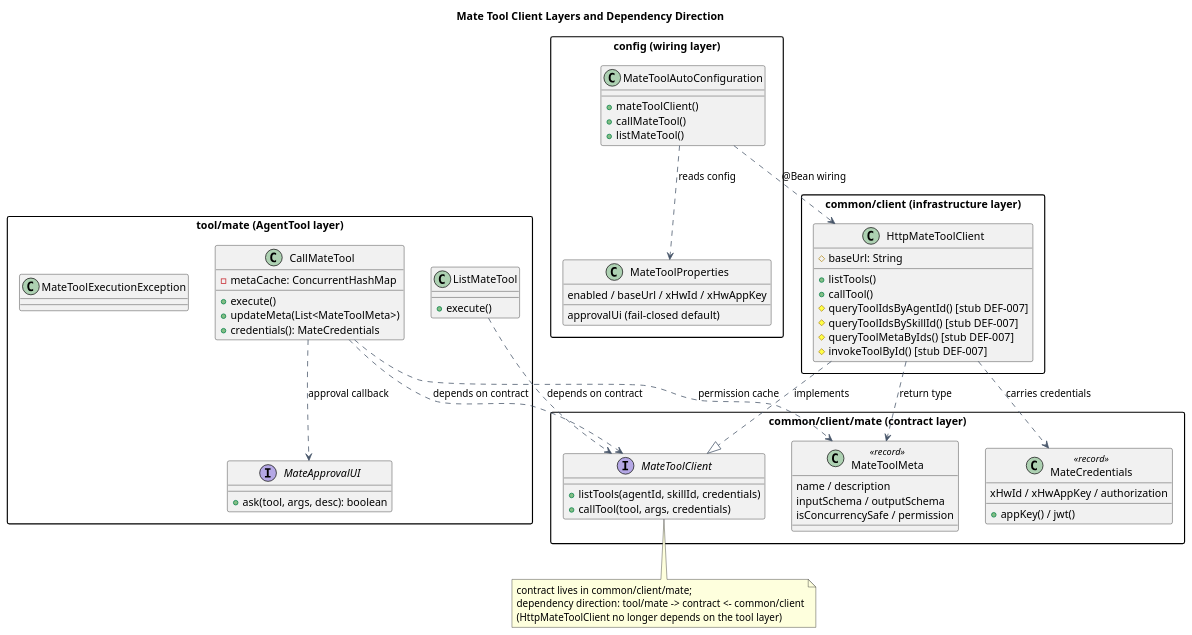
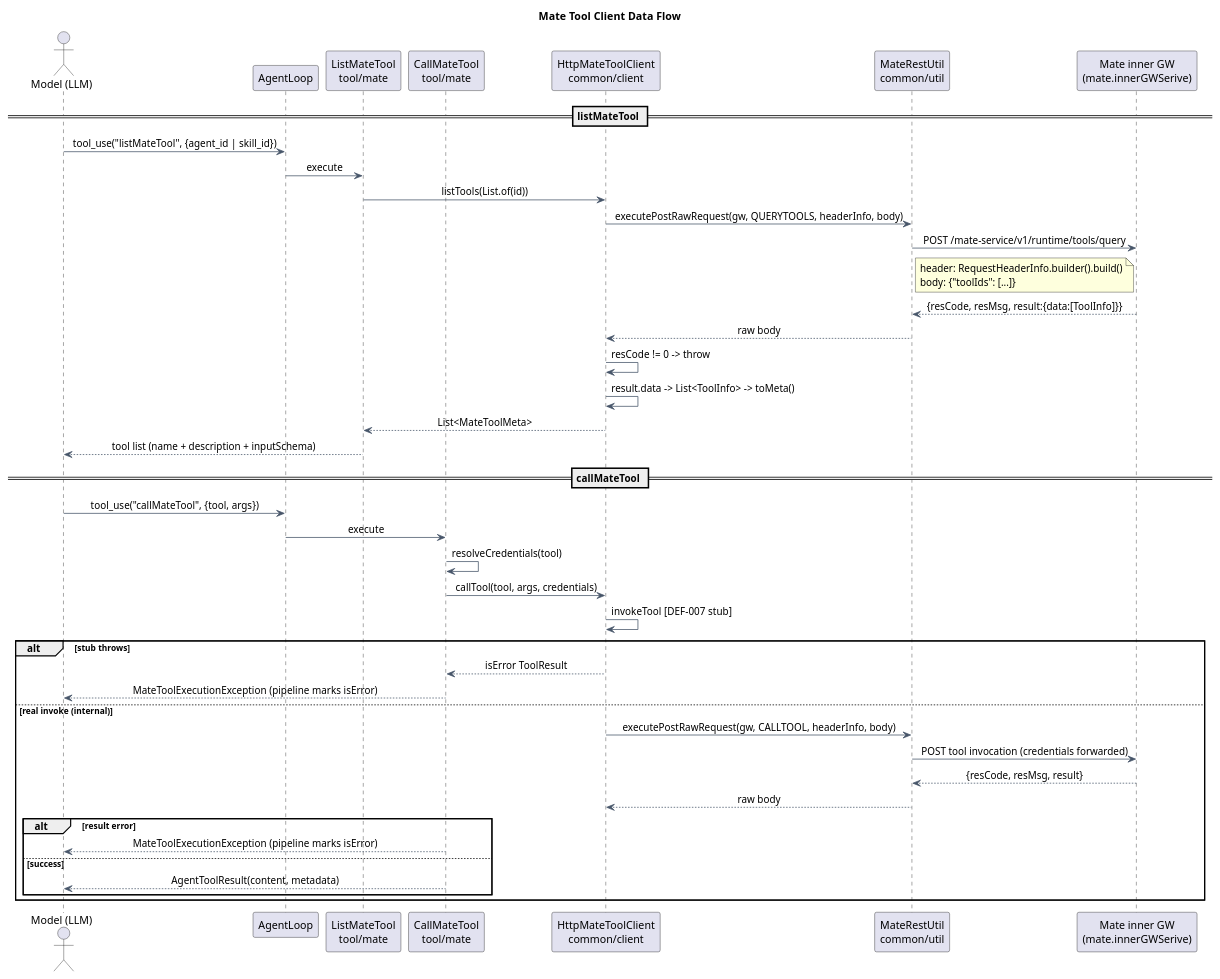
Before and after one commit to 2862282695gjh-afk/pi-mono-java: the second of 2 diagrams in docs/designs/mate-tool-client/diagram.puml, drawn with PlantUML. The commit also changed other lines of this file and 36 other files, not shown here.

First line of the commit message:
feat(mate-tool): 对接内网网关 QUERYTOOLS + 工具无状态化

```diff
--- a/docs/designs/mate-tool-client/diagram.puml
+++ b/docs/designs/mate-tool-client/diagram.puml
@@ -76,98 +107,71 @@
-@startuml mate_tool_client_layers
+@startuml mate_tool_client_dataflow
 ' Source evidence:
-' - modules/coding-agent-cli/src/main/java/com/campusclaw/codingagent/tool/mate/:
-'   CallMateTool (MateApprovalUI, MateToolExecutionException, metaCache),
-'   ListMateTool
-' - modules/coding-agent-cli/src/main/java/com/campusclaw/codingagent/common/client/mate/:
-'   MateToolClient, MateToolMeta, MateCredentials (top-level contract types)
-' - modules/coding-agent-cli/src/main/java/com/campusclaw/codingagent/common/client/:
-'   HttpMateToolClient (implements MateToolClient, four DEF-007 stubs)
-' - modules/coding-agent-cli/src/main/java/com/campusclaw/codingagent/config/:
-'   MateToolAutoConfiguration, MateToolProperties
-' Source baseline: superheromeZzh/pi-mono-java PR #140 head (branch mate-tool-client)
-' Observed behavior: the Mate contract types live in common/client/mate; both
-' AgentTools and HttpMateToolClient depend only on that contract package, and
-' config wires the beans behind the mate.tool.enabled switch.
-' Design reason: extracting the contract from CallMateTool removes the reverse
-' dependency of common/client on the tool layer, so the HTTP client stays a
-' reusable infrastructure component.
+' - modules/coding-agent-cli/src/main/java/com/campusclaw/codingagent/tool/mate/CallMateTool.java:
+'   execute (credential hook, error propagation)
+' - modules/coding-agent-cli/src/main/java/com/campusclaw/codingagent/tool/mate/ListMateTool.java:
+'   execute (toolIdsOf, response formatting)
+' - modules/coding-agent-cli/src/main/java/com/campusclaw/codingagent/common/client/HttpMateToolClient.java:
+'   listTools (QUERYTOOLS request/response handling), callTool (stub invoke)
+' - modules/coding-agent-cli/src/main/java/com/campusclaw/codingagent/common/util/MateRestUtil.java:
+'   executePostRawRequest, resCode/resMsg/result envelope
+' Source baseline: superheromeZzh/pi-mono-java main + this PR head
+' Observed behavior: listMateTool maps agent_id/skill_id to a tool-ID list and
+' POSTs QUERYTOOLS credential-free; callMateTool forwards the call with
+' resolveCredentials() output; errors become exceptions so the pipeline marks
+' isError=true.
+' Design reason: stateless tools with per-call credential resolution avoid
+' cross-session leakage on the process-wide singleton client.
 
 skinparam backgroundColor white
 skinparam shadowing false
-skinparam packageStyle rectangle
 skinparam ArrowColor #475569
+skinparam SequenceMessageAlignment center
 
-title Mate Tool Client Layers and Dependency Direction
+title Mate Tool Client Data Flow
 
-package "tool/mate (AgentTool layer)" {
-  class CallMateTool {
-    - metaCache: ConcurrentHashMap
-    + execute()
-    + updateMeta(List<MateToolMeta>)
-    + credentials(): MateCredentials
-  }
-  class ListMateTool {
-    + execute()
-  }
-  interface MateApprovalUI {
-    + ask(tool, args, desc): boolean
-  }
-  class MateToolExecutionException
-}
+actor "Model (LLM)" as llm
+participant "AgentLoop" as loop
+participant "ListMateTool\ntool/mate" as listTool
+participant "CallMateTool\ntool/mate" as callTool
+participant "HttpMateToolClient\ncommon/client" as http
+participant "MateRestUtil\ncommon/util" as rest
+participant "Mate inner GW\n(mate.innerGWSerive)" as gw
 
-package "common/client (infrastructure layer)" {
-  class HttpMateToolClient {
-    # baseUrl: String
-    + listTools()
-    + callTool()
-    # queryToolIdsByAgentId() [stub DEF-007]
-    # queryToolIdsBySkillId() [stub DEF-007]
-    # queryToolMetaByIds() [stub DEF-007]
-    # invokeToolById() [stub DEF-007]
-  }
-}
+== listMateTool ==
+llm -> loop: tool_use("listMateTool", {agent_id | skill_id})
+loop -> listTool: execute
+listTool -> http: listTools(List.of(id))
+http -> rest: executePostRawRequest(gw, QUERYTOOLS, headerInfo, body)
+rest -> gw: POST /mate-service/v1/runtime/tools/query
+note right of rest
+  header: RequestHeaderInfo.builder().build()
+  body: {"toolIds": [...]}
+end note
+gw --> rest: {resCode, resMsg, result:{data:[ToolInfo]}}
+rest --> http: raw body
+http -> http: resCode != 0 -> throw
+http -> http: result.data -> List<ToolInfo> -> toMeta()
+http --> listTool: List<MateToolMeta>
+listTool --> llm: tool list (name + description + inputSchema)
 
-package "common/client/mate (contract layer)" {
-  interface MateToolClient {
-    + listTools(agentId, skillId, credentials)
-    + callTool(tool, args, credentials)
-  }
-  class MateToolMeta <<record>> {
-    name / description
-    inputSchema / outputSchema
-    isConcurrencySafe / permission
-  }
-  class MateCredentials <<record>> {
-    xHwId / xHwAppKey / authorization
-    + appKey() / jwt()
-  }
-}
-
-package "config (wiring layer)" {
-  class MateToolAutoConfiguration {
-    + mateToolClient()
-    + callMateTool()
-    + listMateTool()
-  }
-  class MateToolProperties {
-    enabled / baseUrl / xHwId / xHwAppKey
-    approvalUi (fail-closed default)
-  }
-}
-
-CallMateTool ..> MateToolClient : depends on contract
-ListMateTool ..> MateToolClient : depends on contract
-HttpMateToolClient ..|> MateToolClient : implements
-CallMateTool ..> MateApprovalUI : approval callback
-CallMateTool ..> MateToolMeta : permission cache
-HttpMateToolClient ..> MateToolMeta : return type
-HttpMateToolClient ..> MateCredentials : carries credentials
-MateToolAutoConfiguration ..> HttpMateToolClient : @Bean wiring
-MateToolAutoConfiguration ..> MateToolProperties : reads config
-
-note bottom of MateToolClient
-  contract lives in common/client/mate;
-  dependency direction: tool/mate -> contract <- common/client
-  (HttpMateToolClient no longer depends on the tool layer)
-end note
+== callMateTool ==
+llm -> loop: tool_use("callMateTool", {tool, args})
+loop -> callTool: execute
+callTool -> callTool: resolveCredentials(tool)
+callTool -> http: callTool(tool, args, credentials)
+http -> http: invokeTool [DEF-007 stub]
+alt stub throws
+  http --> callTool: isError ToolResult
+  callTool --> llm: MateToolExecutionException (pipeline marks isError)
+else real invoke (internal)
+  http -> rest: executePostRawRequest(gw, CALLTOOL, headerInfo, body)
+  rest -> gw: POST tool invocation (credentials forwarded)
+  gw --> rest: {resCode, resMsg, result}
+  rest --> http: raw body
+  alt result error
+    callTool --> llm: MateToolExecutionException (pipeline marks isError)
+  else success
+    callTool --> llm: AgentToolResult(content, metadata)
+  end
+end
 @enduml
```
